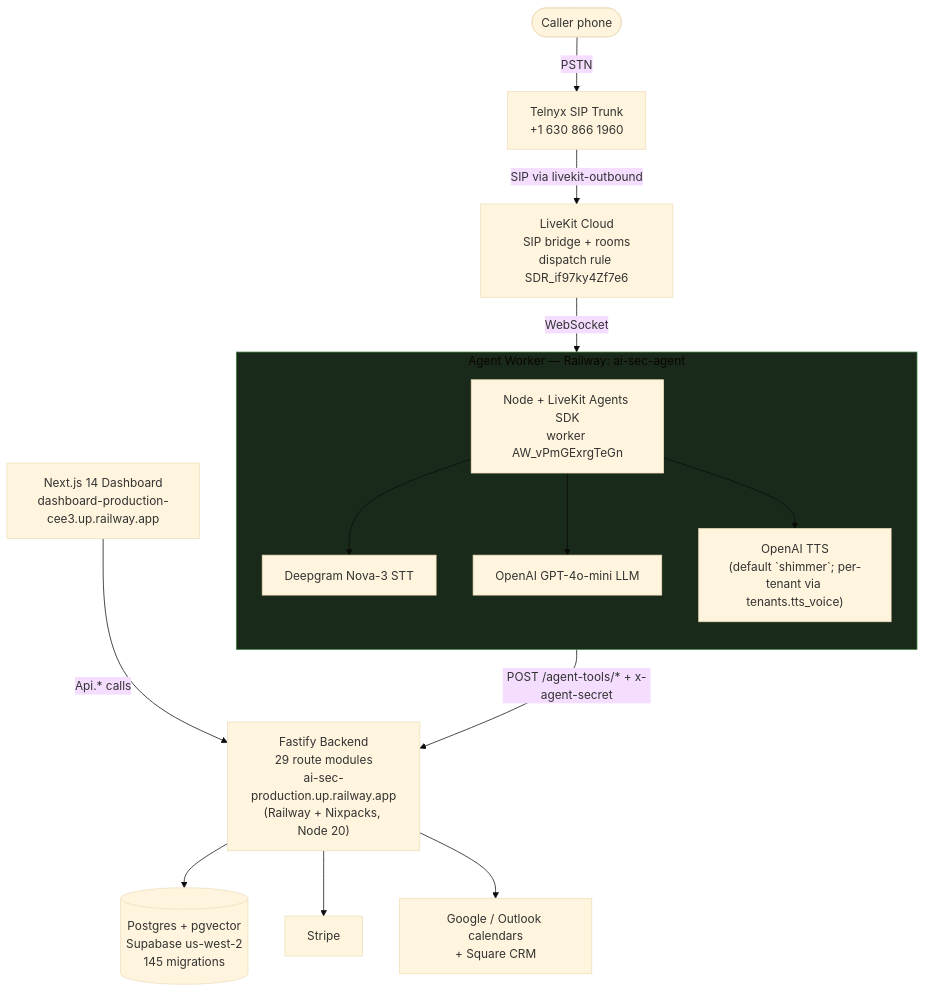
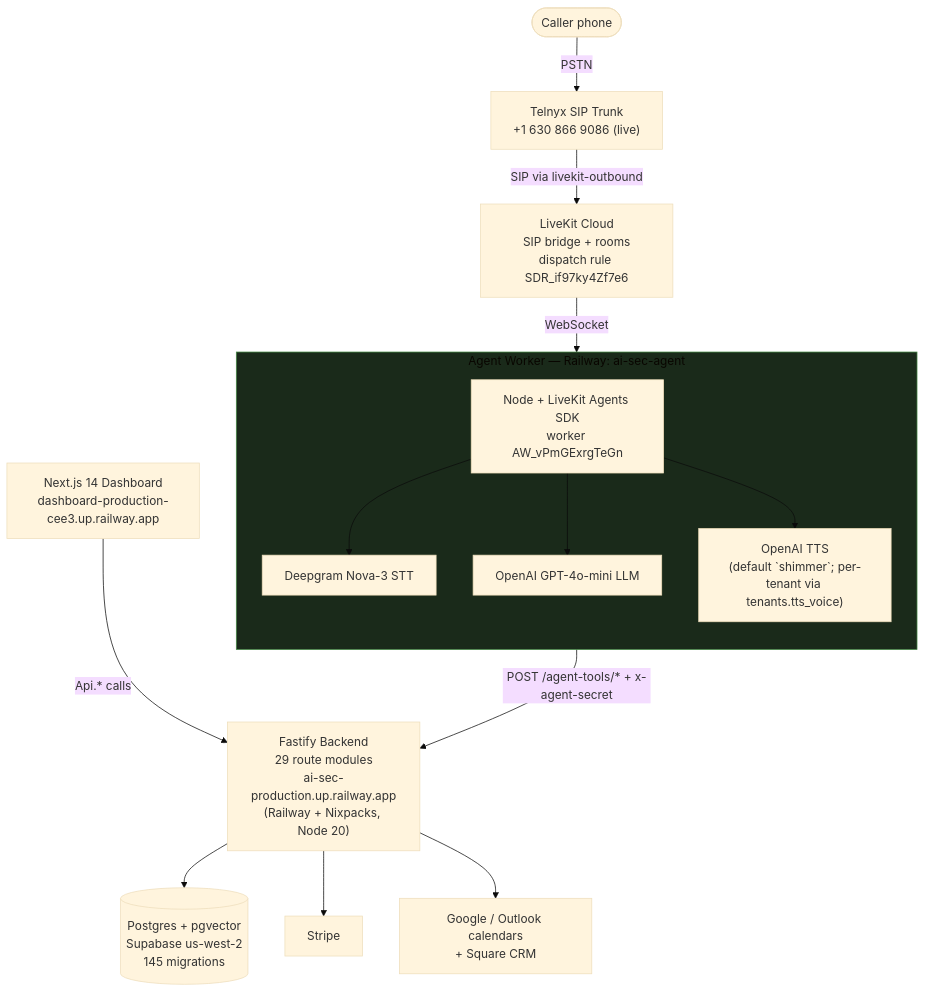
The first of 11 diagrams in docs/DIAGRAMS.md (ddemott/ai-sec), drawn with Mermaid (base theme) before and after one commit. The commit also changed other lines of this file and 34 other files, not shown here.

````diff
--- a/docs/DIAGRAMS.md
+++ b/docs/DIAGRAMS.md
@@ -27,37 +27,37 @@
 ```mermaid
 flowchart TB
   Caller([Caller phone])
-  Telnyx["Telnyx SIP Trunk<br/>+1 630 866 1960"]
+  Telnyx["Telnyx SIP Trunk<br/>+1 630 866 9086 (live)"]
   Caller -->|PSTN| Telnyx
 
   LiveKit["LiveKit Cloud<br/>SIP bridge + rooms<br/>dispatch rule SDR_if97ky4Zf7e6"]
   Telnyx -->|SIP via livekit-outbound| LiveKit
 
   subgraph agentBox["Agent Worker — Railway: ai-sec-agent"]
     direction TB
     Agent["Node + LiveKit Agents SDK<br/>worker AW_vPmGExrgTeGn"]
     DG["Deepgram Nova-3 STT"]
     OAI["OpenAI GPT-4o-mini LLM"]
     TTS["OpenAI TTS<br/>(default `shimmer`; per-tenant via tenants.tts_voice)"]
     Agent --> DG
     Agent --> OAI
     Agent --> TTS
   end
 
   LiveKit -->|WebSocket| Agent
 
   Fastify["Fastify Backend<br/>29 route modules<br/>ai-sec-production.up.railway.app<br/>(Railway + Nixpacks, Node 20)"]
   Agent -->|POST /agent-tools/* + x-agent-secret| Fastify
 
   Postgres[("Postgres + pgvector<br/>Supabase us-west-2<br/>145 migrations")]
   Stripe["Stripe"]
   Integrations["Google / Outlook calendars<br/>+ Square CRM"]
   Dashboard["Next.js 14 Dashboard<br/>dashboard-production-cee3.up.railway.app"]
 
   Fastify --> Postgres
   Fastify --> Stripe
   Fastify --> Integrations
   Dashboard -->|Api.* calls| Fastify
 
   style agentBox fill:#1a2a1a,stroke:#484
 ```
````
